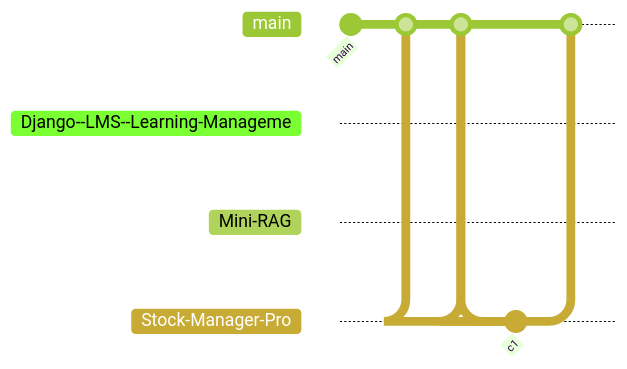
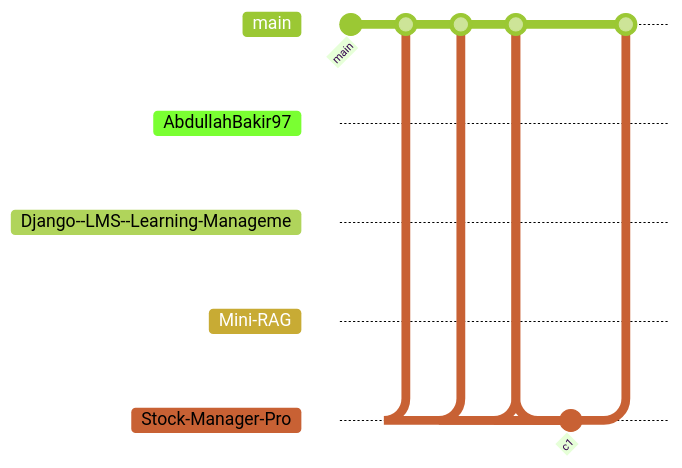
One commit to AbdullahBakir97/AbdullahBakir97 changed the diagram in README.md. Above: the diagram before and after it, drawn with Mermaid (forest theme). The commit also changed other lines of this file and 5 other files, not shown here.

````diff
--- a/README.md
+++ b/README.md
@@ -336,19 +336,24 @@
 ```mermaid
 gitGraph
    commit id: "main"
+   branch AbdullahBakir97
+   checkout AbdullahBakir97
+   commit id: "c1"
+   checkout main
+   merge AbdullahBakir97
    branch Django--LMS--Learning-Manageme
    checkout Django--LMS--Learning-Manageme
    commit id: "c1"
    checkout main
    merge Django--LMS--Learning-Manageme
    branch Mini-RAG
    checkout Mini-RAG
    commit id: "c1"
    checkout main
    merge Mini-RAG
    branch Stock-Manager-Pro
    checkout Stock-Manager-Pro
    commit id: "c1"
    checkout main
    merge Stock-Manager-Pro
 ```
````
